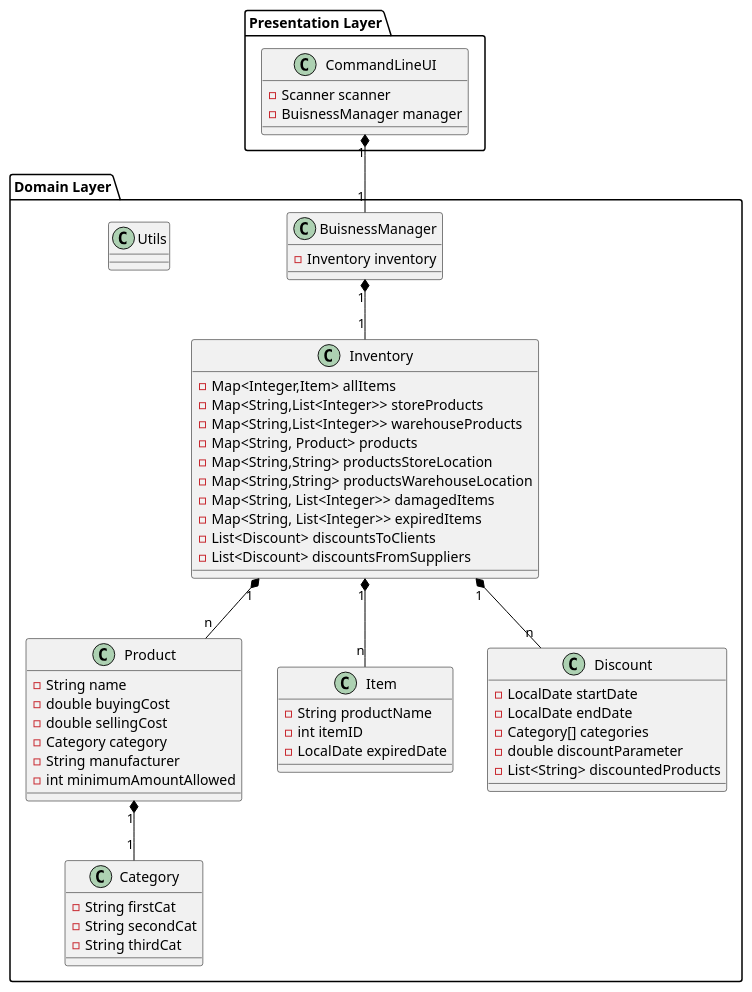
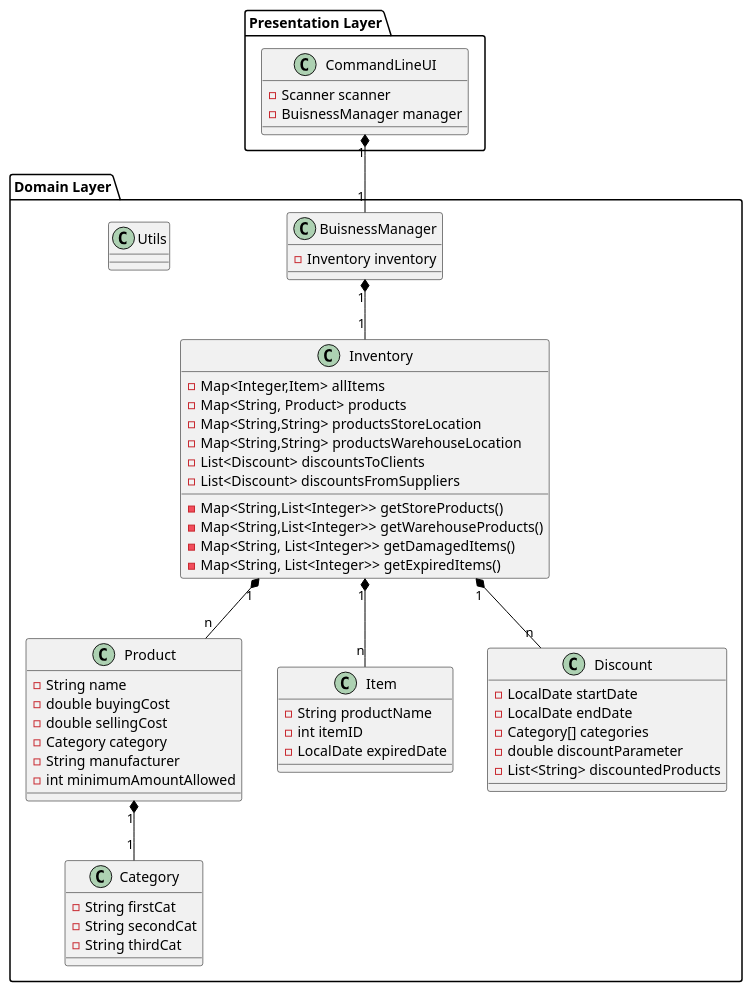
One commit to SAYERET-TOCHNA/ADSS_Group_AE changed the diagram in dev/warehouse/out/production/Nituz1/DomainLayer/iventoryUML.puml. Above: the diagram before and after it, drawn with PlantUML. The commit also changed 46 other files, not shown here.

```diff
--- a/dev/warehouse/out/production/Nituz1/DomainLayer/iventoryUML.puml
+++ b/dev/warehouse/out/production/Nituz1/DomainLayer/iventoryUML.puml
@@ -1,75 +1,75 @@
 @startuml
 'https://plantuml.com/class-diagram
 
 skinparam class {
     BorderColor Black
     ArrowColor Black
     FontName Arial
 }
 
 package "Domain Layer" {
     class Inventory {
         -Map<Integer,Item> allItems
-        -Map<String,List<Integer>> storeProducts
-        -Map<String,List<Integer>> warehouseProducts
+        -Map<String,List<Integer>> getStoreProducts()
+        -Map<String,List<Integer>> getWarehouseProducts()
         -Map<String, Product> products
         -Map<String,String> productsStoreLocation
         -Map<String,String> productsWarehouseLocation
-        -Map<String, List<Integer>> damagedItems
-        -Map<String, List<Integer>> expiredItems
+        -Map<String, List<Integer>> getDamagedItems()
+        -Map<String, List<Integer>> getExpiredItems()
         -List<Discount> discountsToClients
         -List<Discount> discountsFromSuppliers
     }
 
     class Product {
         -String name
         -double buyingCost
         -double sellingCost
         -Category category
         -String manufacturer
         -int minimumAmountAllowed
     }
 
     class Category {
         -String firstCat
         -String secondCat
         -String thirdCat
     }
 
     class Item {
         -String productName
         -int itemID
         -LocalDate expiredDate
     }
 
     class Discount {
         -LocalDate startDate
         -LocalDate endDate
         -Category[] categories
         -double discountParameter
         -List<String> discountedProducts
     }
 
     class BuisnessManager {
         -Inventory inventory
     }
 
     class Utils {
         {static}
     }
 }
 
 package "Presentation Layer" {
     class CommandLineUI {
         -Scanner scanner
         -BuisnessManager manager
     }
 }
 
 Inventory "1" *-- "n" Product
 Product "1" *-- "1" Category
 Inventory "1" *-- "n" Item
 Inventory "1" *-- "n" Discount
 BuisnessManager "1" *-- "1" Inventory
 CommandLineUI "1" *-- "1" BuisnessManager
 @enduml
```
